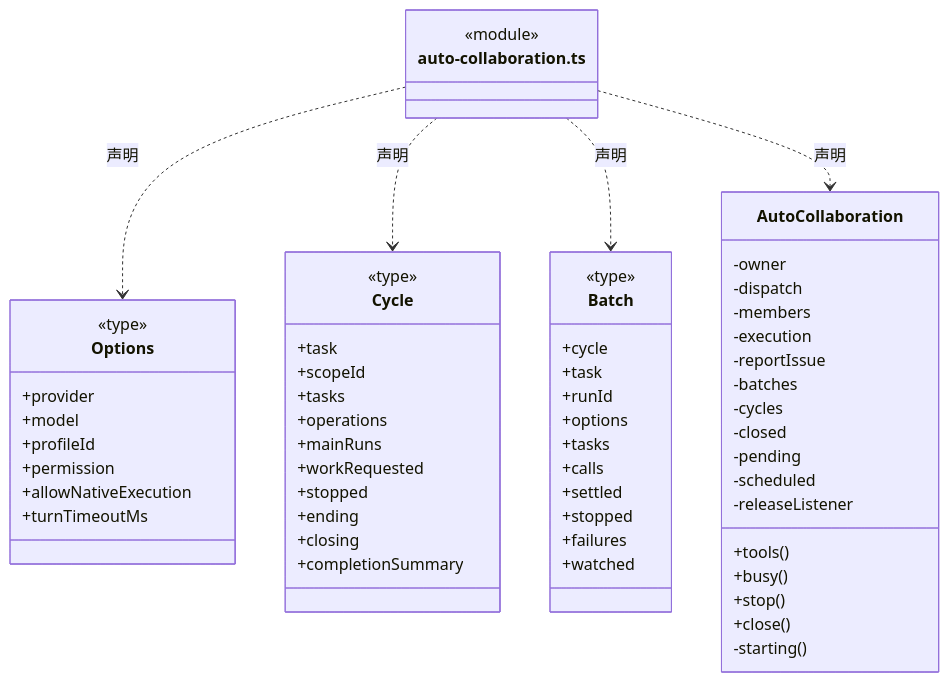
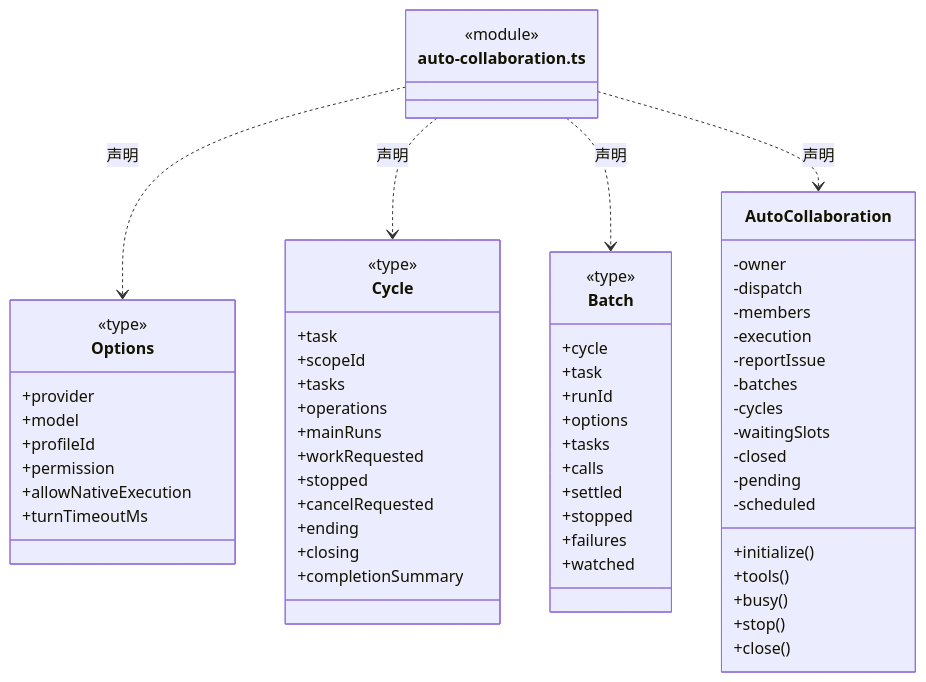
One commit to nan023062/cbim changed the second of 28 diagrams in src/backend/scheduler-engine/execution/ARCHITECTURE.md. Above: the diagram before and after it, drawn with Mermaid. The commit also changed other lines of this file and 49 other files, not shown here.

````diff
--- a/src/backend/scheduler-engine/execution/ARCHITECTURE.md
+++ b/src/backend/scheduler-engine/execution/ARCHITECTURE.md
@@ -43,63 +43,64 @@
 ```mermaid
 classDiagram
 class N_src_backend_scheduler_engine_execution_auto_collaboration_ts["auto-collaboration.ts"] {
   <<module>>
 }
 class N_src_backend_scheduler_engine_execution_auto_collaboration_ts_Options["Options"] {
   <<type>>
   +provider
   +model
   +profileId
   +permission
   +allowNativeExecution
   +turnTimeoutMs
 }
 N_src_backend_scheduler_engine_execution_auto_collaboration_ts ..> N_src_backend_scheduler_engine_execution_auto_collaboration_ts_Options : 声明
 class N_src_backend_scheduler_engine_execution_auto_collaboration_ts_Cycle["Cycle"] {
   <<type>>
   +task
   +scopeId
   +tasks
   +operations
   +mainRuns
   +workRequested
   +stopped
+  +cancelRequested
   +ending
   +closing
   +completionSummary
 }
 N_src_backend_scheduler_engine_execution_auto_collaboration_ts ..> N_src_backend_scheduler_engine_execution_auto_collaboration_ts_Cycle : 声明
 class N_src_backend_scheduler_engine_execution_auto_collaboration_ts_Batch["Batch"] {
   <<type>>
   +cycle
   +task
   +runId
   +options
   +tasks
   +calls
   +settled
   +stopped
   +failures
   +watched
 }
 N_src_backend_scheduler_engine_execution_auto_collaboration_ts ..> N_src_backend_scheduler_engine_execution_auto_collaboration_ts_Batch : 声明
 class N_src_backend_scheduler_engine_execution_auto_collaboration_ts_AutoCollaboration["AutoCollaboration"] {
+  +initialize()
   +tools()
   +busy()
   +stop()
   +close()
   -owner
   -dispatch
   -members
   -execution
   -reportIssue
   -batches
   -cycles
+  -waitingSlots
   -closed
   -pending
   -scheduled
-  -releaseListener
-  -starting()
 }
 N_src_backend_scheduler_engine_execution_auto_collaboration_ts ..> N_src_backend_scheduler_engine_execution_auto_collaboration_ts_AutoCollaboration : 声明
 ```
````
